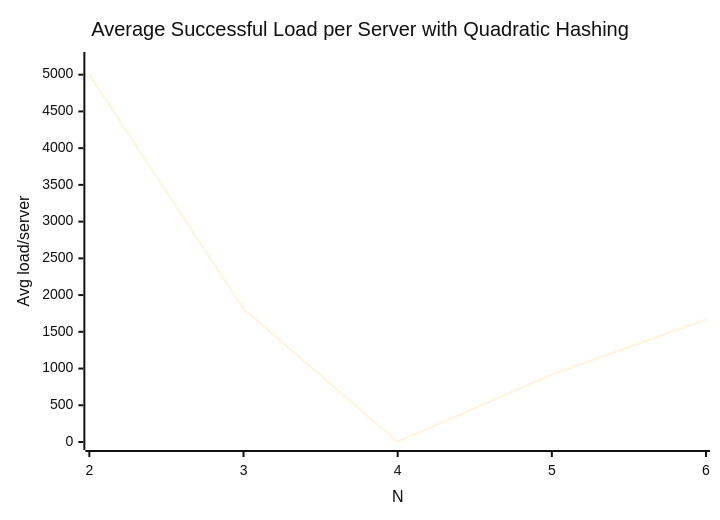
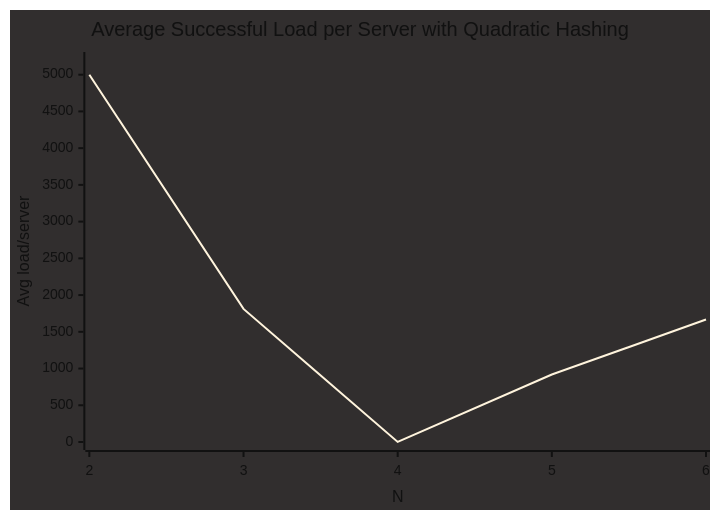
The fourth of 4 diagrams in README.md (AmyMugeni/LoadBalancer), drawn with Mermaid before and after one commit. The commit also changed other lines of this file, not shown here.

Commit message:
dark background

````diff
--- a/README.md
+++ b/README.md
@@ -445,8 +445,8 @@
 ```mermaid
-%%{init: {'theme': 'base', 'themeVariables': { 'background': '#ffffff', 'primaryColor': '#0f3f99', 'primaryBorderColor': '#0b3178', 'primaryTextColor': '#111111', 'lineColor': '#0f3f99', 'fontSize': '16px' }}}%%
+%%{init: {'theme': 'base', 'themeVariables': { 'background': '#312e2e', 'primaryColor': '#0f3f99', 'primaryBorderColor': '#0b3178', 'primaryTextColor': '#111111', 'lineColor': '#0f3f99', 'fontSize': '16px' }}}%%
 xychart-beta
   title "Average Successful Load per Server with Quadratic Hashing"
   x-axis "N" [2, 3, 4, 5, 6]
   y-axis "Avg load/server" 0 --> 5200
   line [5000, 1811.67, 1.25, 918.6, 1666.67]
 ```
````
